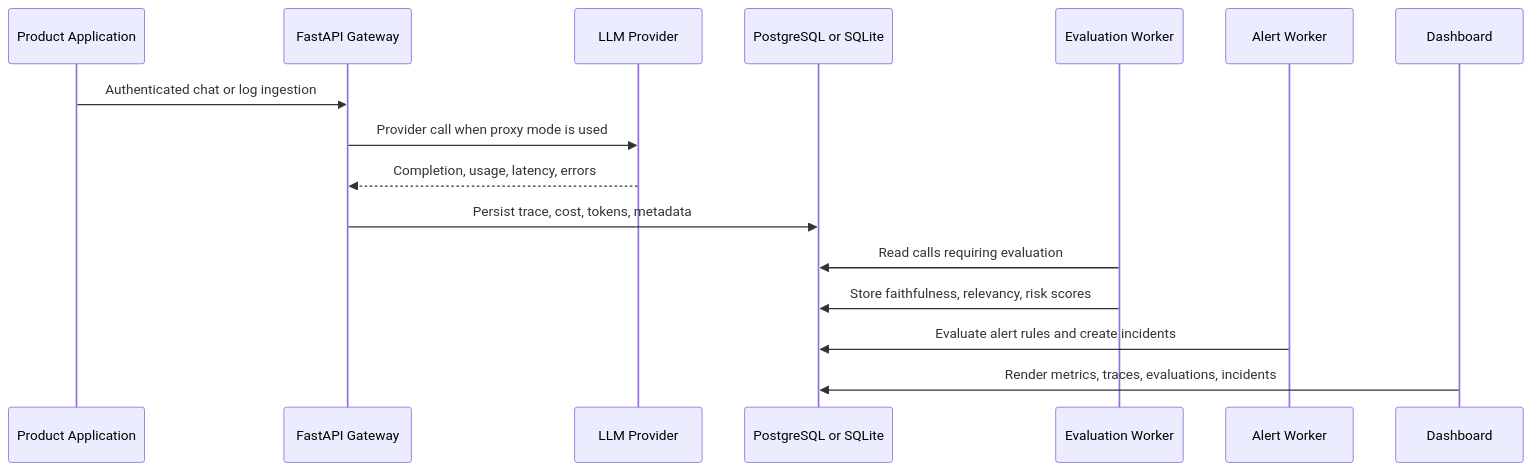
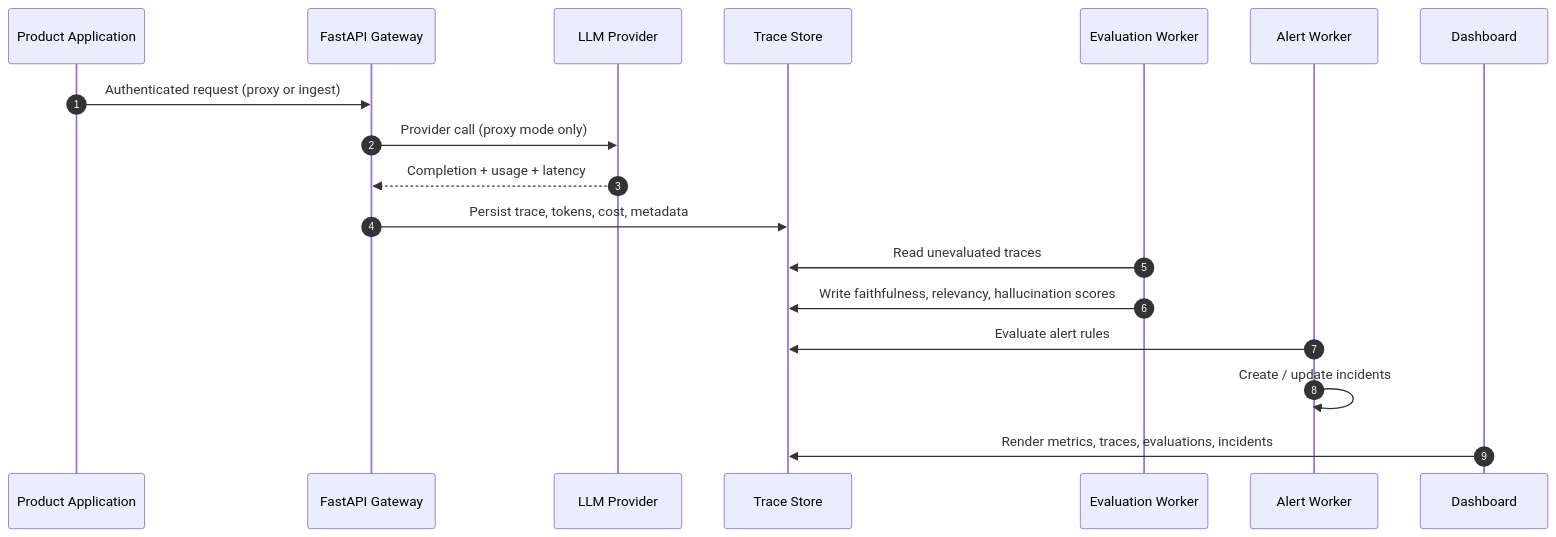
The second of 3 diagrams in README.md (manjunath-hanmantgad/llm-observation-tool), drawn with Mermaid before and after one commit. The commit also changed other lines of this file and 40 other files, not shown here.

````diff
--- a/README.md
+++ b/README.md
@@ -38,19 +94,21 @@
 ```mermaid
 sequenceDiagram
+    autonumber
     participant App as Product Application
-    participant API as FastAPI Gateway
+    participant GW as FastAPI Gateway
     participant LLM as LLM Provider
-    participant DB as PostgreSQL or SQLite
+    participant DB as Trace Store
     participant Eval as Evaluation Worker
-    participant Alerts as Alert Worker
+    participant Alert as Alert Worker
     participant UI as Dashboard
 
-    App->>API: Authenticated chat or log ingestion
-    API->>LLM: Provider call when proxy mode is used
-    LLM-->>API: Completion, usage, latency, errors
-    API->>DB: Persist trace, cost, tokens, metadata
-    Eval->>DB: Read calls requiring evaluation
-    Eval->>DB: Store faithfulness, relevancy, risk scores
-    Alerts->>DB: Evaluate alert rules and create incidents
+    App->>GW: Authenticated request (proxy or ingest)
+    GW->>LLM: Provider call (proxy mode only)
+    LLM-->>GW: Completion + usage + latency
+    GW->>DB: Persist trace, tokens, cost, metadata
+    Eval->>DB: Read unevaluated traces
+    Eval->>DB: Write faithfulness, relevancy, hallucination scores
+    Alert->>DB: Evaluate alert rules
+    Alert->>Alert: Create / update incidents
     UI->>DB: Render metrics, traces, evaluations, incidents
 ```
````
